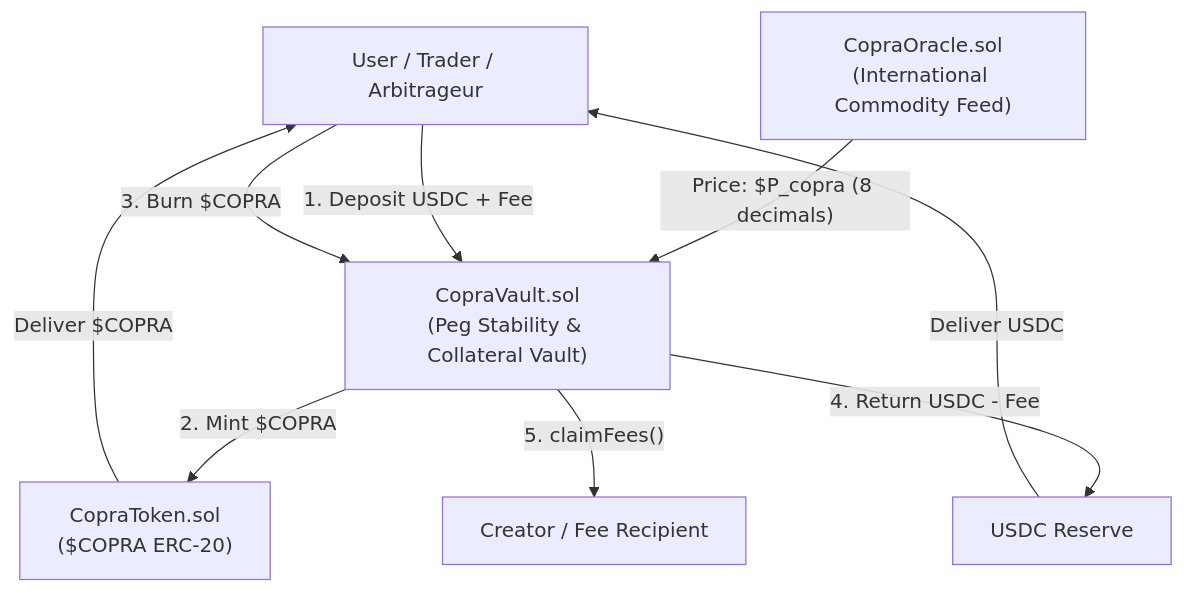
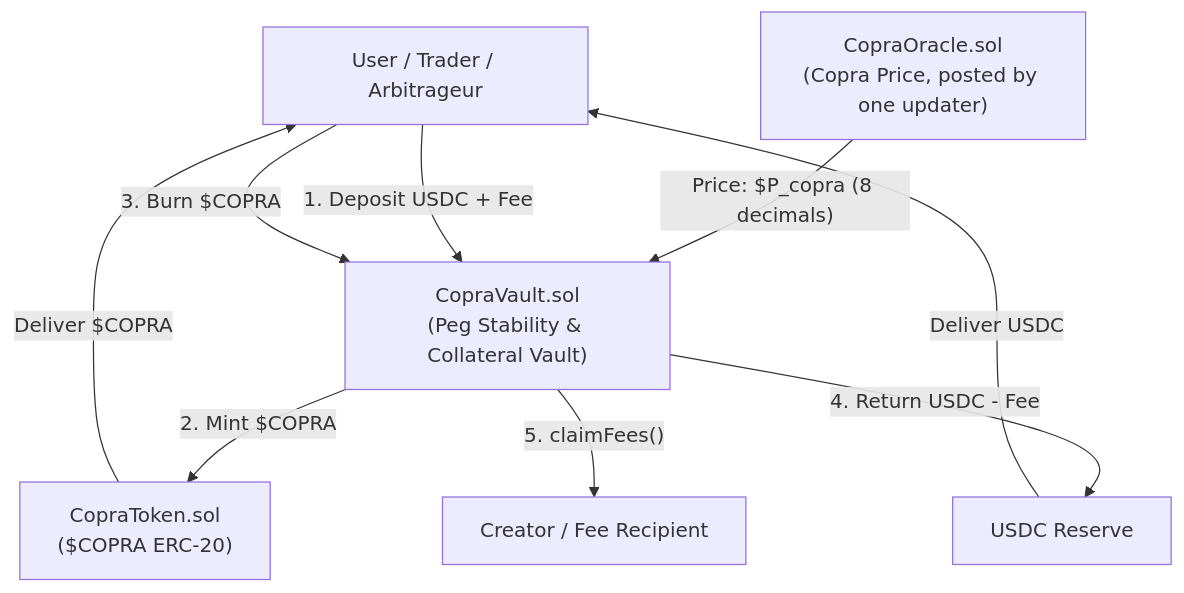
One commit to bytesbrains/copra changed the first of 3 diagrams in docs/ARCHITECTURE.md. Above: the diagram before and after it, drawn with Mermaid. The commit also changed 4 other files, not shown here.

````diff
--- a/docs/ARCHITECTURE.md
+++ b/docs/ARCHITECTURE.md
@@ -10,20 +10,20 @@
 ```mermaid
 flowchart TD
     User["User / Trader / Arbitrageur"]
-    Oracle["CopraOracle.sol\n(International Commodity Feed)"]
+    Oracle["CopraOracle.sol\n(Copra Price, posted by one updater)"]
     Vault["CopraVault.sol\n(Peg Stability & Collateral Vault)"]
     Token["CopraToken.sol\n($COPRA ERC-20)"]
     Collateral["USDC Reserve"]
     FeeWallet["Creator / Fee Recipient"]
 
     Oracle -->|"Price: $P_copra (8 decimals)"| Vault
     User -->|"1. Deposit USDC + Fee"| Vault
     Vault -->|"2. Mint $COPRA"| Token
     Token -->|"Deliver $COPRA"| User
 
     User -->|"3. Burn $COPRA"| Vault
     Vault -->|"4. Return USDC - Fee"| Collateral
     Collateral -->|"Deliver USDC"| User
 
     Vault -->|"5. claimFees()"| FeeWallet
 ```
````
